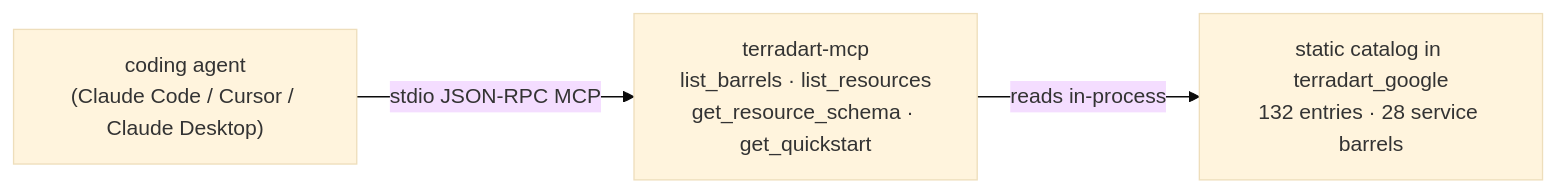
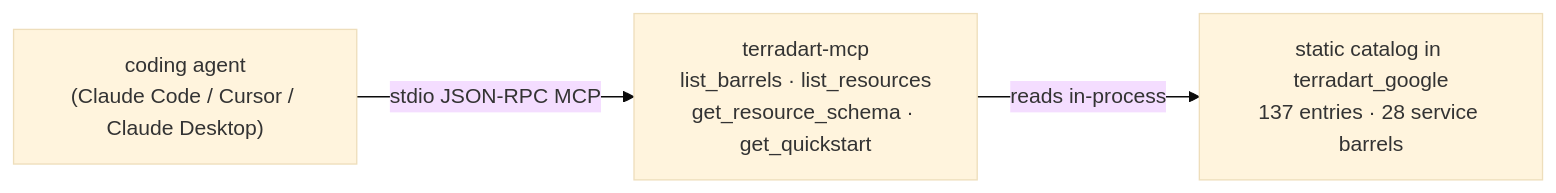
Before and after one commit to nozomi-koborinai/terradart: the diagram in website/src/content/docs/docs/agent/index.md, drawn with Mermaid (base theme). The commit also changed other lines of this file and 38 other files, not shown here.

````diff
--- a/website/src/content/docs/docs/agent/index.md
+++ b/website/src/content/docs/docs/agent/index.md
@@ -12,8 +12,8 @@
 ```mermaid
 graph LR
   agent["coding agent<br/>(Claude Code / Cursor / Claude Desktop)"]
   mcp["terradart-mcp<br/>list_barrels · list_resources<br/>get_resource_schema · get_quickstart"]
-  catalog["static catalog in terradart_google<br/>132 entries · 28 service barrels"]
+  catalog["static catalog in terradart_google<br/>137 entries · 28 service barrels"]
   agent -->|stdio JSON-RPC MCP| mcp
   mcp -->|reads in-process| catalog
 ```
````
